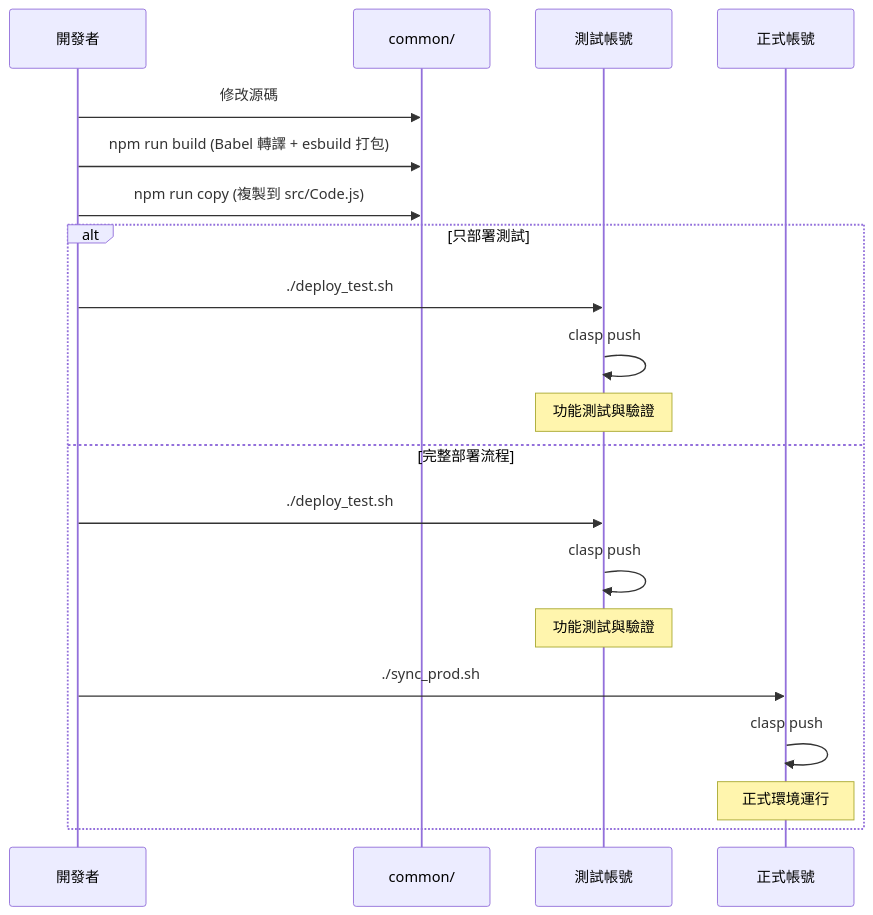
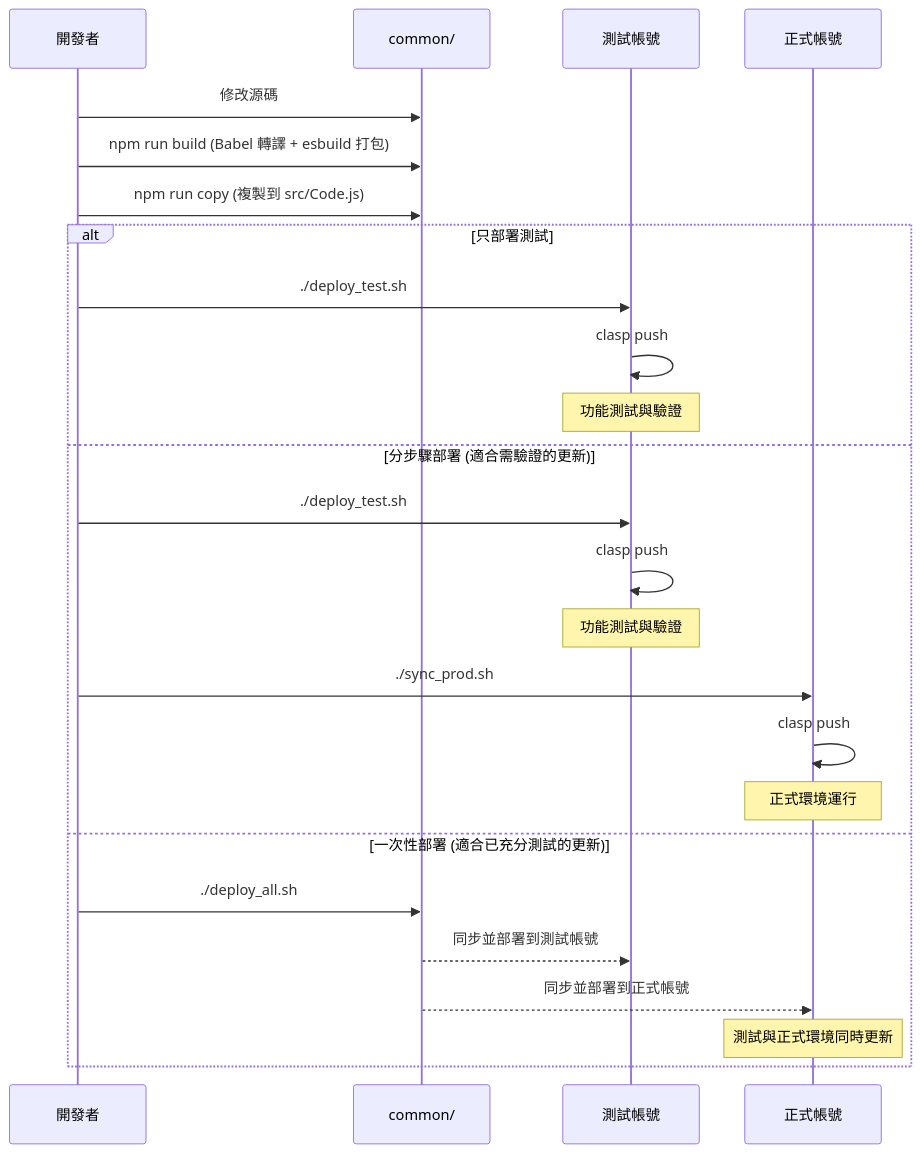
Before and after one commit to ctyeh/Gmail-Keyword-Alerts-AppsScript: the second of 3 diagrams in README.md, drawn with Mermaid.

Commit message:
feat: 更新部署流程說明，新增分步驟與一次性部署選項的描述

````diff
--- a/README.md
+++ b/README.md
@@ -290,24 +290,29 @@
 ```mermaid
 sequenceDiagram
     participant Dev as 開發者
     participant Common as common/
     participant Test as 測試帳號
     participant Prod as 正式帳號
 
     Dev->>Common: 修改源碼
     Dev->>Common: npm run build (Babel 轉譯 + esbuild 打包)
     Dev->>Common: npm run copy (複製到 src/Code.js)
     
     alt 只部署測試
         Dev->>Test: ./deploy_test.sh
         Test->>Test: clasp push
         Note over Test: 功能測試與驗證
-    else 完整部署流程
+    else 分步驟部署 (適合需驗證的更新)
         Dev->>Test: ./deploy_test.sh
         Test->>Test: clasp push
         Note over Test: 功能測試與驗證
         Dev->>Prod: ./sync_prod.sh
         Prod->>Prod: clasp push
         Note over Prod: 正式環境運行
+    else 一次性部署 (適合已充分測試的更新)
+        Dev->>Common: ./deploy_all.sh
+        Common-->>Test: 同步並部署到測試帳號
+        Common-->>Prod: 同步並部署到正式帳號
+        Note over Prod: 測試與正式環境同時更新
     end
 ```
````
